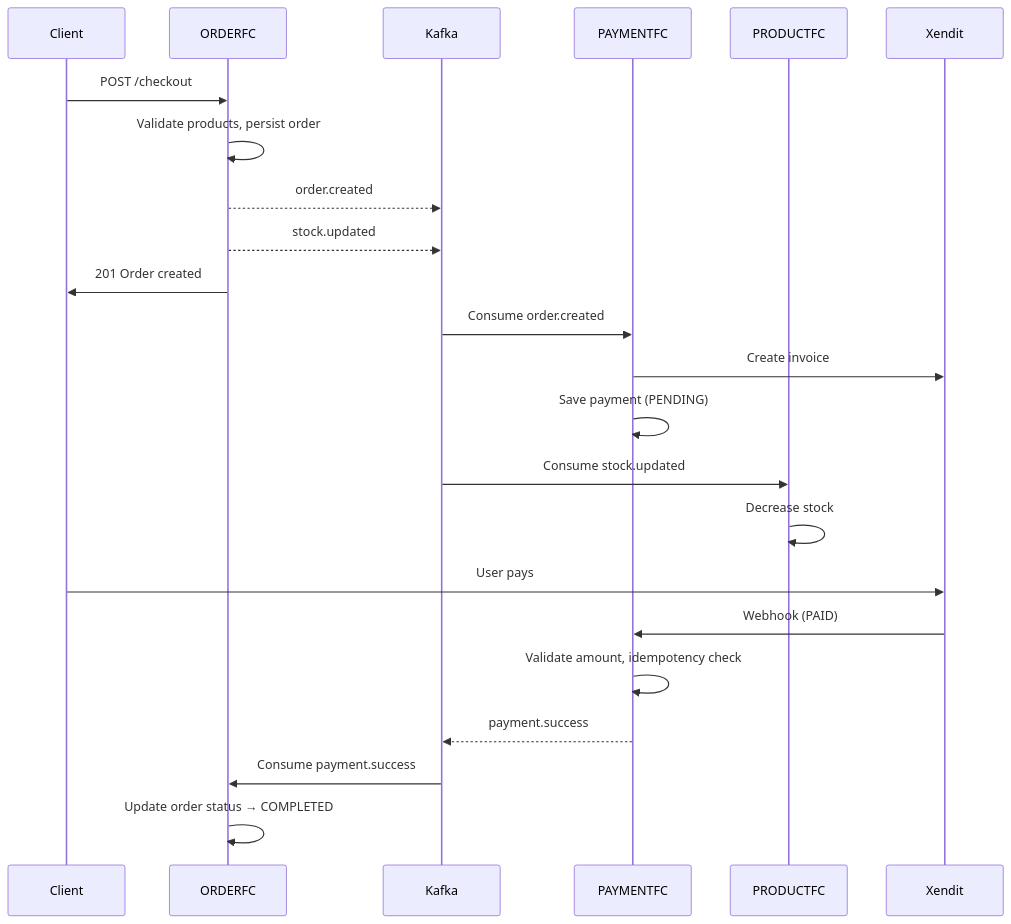
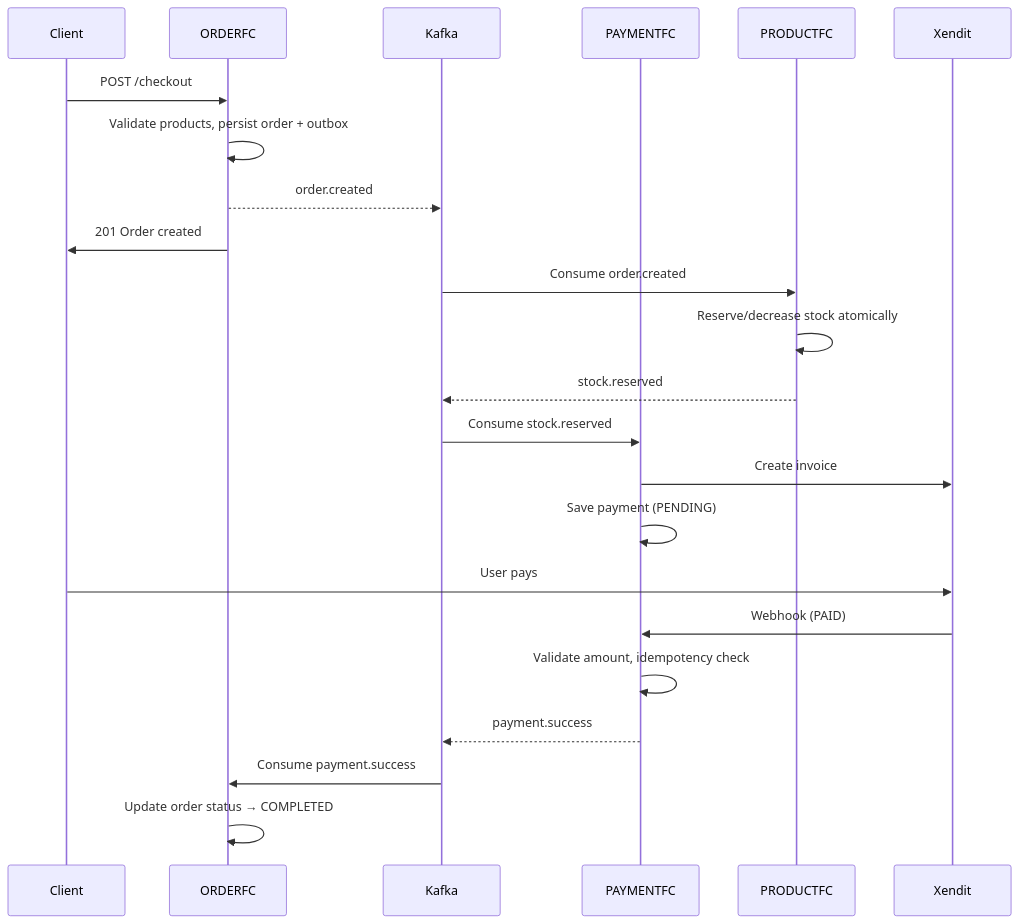
One commit to SundaePorkCutlet/go-commerce changed the second of 4 diagrams in README.md. Above: the diagram before and after it, drawn with Mermaid. The commit also changed other lines of this file, not shown here.

Commit message:
docs: document saga order flow

````diff
--- a/README.md
+++ b/README.md
@@ -117,30 +117,30 @@
 ```mermaid
 sequenceDiagram
     participant Client
     participant ORDERFC
     participant Kafka
     participant PAYMENTFC
     participant PRODUCTFC
     participant Xendit
 
     Client->>ORDERFC: POST /checkout
-    ORDERFC->>ORDERFC: Validate products, persist order
+    ORDERFC->>ORDERFC: Validate products, persist order + outbox
     ORDERFC-->>Kafka: order.created
-    ORDERFC-->>Kafka: stock.updated
     ORDERFC->>Client: 201 Order created
 
-    Kafka->>PAYMENTFC: Consume order.created
+    Kafka->>PRODUCTFC: Consume order.created
+    PRODUCTFC->>PRODUCTFC: Reserve/decrease stock atomically
+    PRODUCTFC-->>Kafka: stock.reserved
+
+    Kafka->>PAYMENTFC: Consume stock.reserved
     PAYMENTFC->>Xendit: Create invoice
     PAYMENTFC->>PAYMENTFC: Save payment (PENDING)
-
-    Kafka->>PRODUCTFC: Consume stock.updated
-    PRODUCTFC->>PRODUCTFC: Decrease stock
 
     Client->>Xendit: User pays
     Xendit->>PAYMENTFC: Webhook (PAID)
     PAYMENTFC->>PAYMENTFC: Validate amount, idempotency check
     PAYMENTFC-->>Kafka: payment.success
 
     Kafka->>ORDERFC: Consume payment.success
     ORDERFC->>ORDERFC: Update order status → COMPLETED
 ```
````
